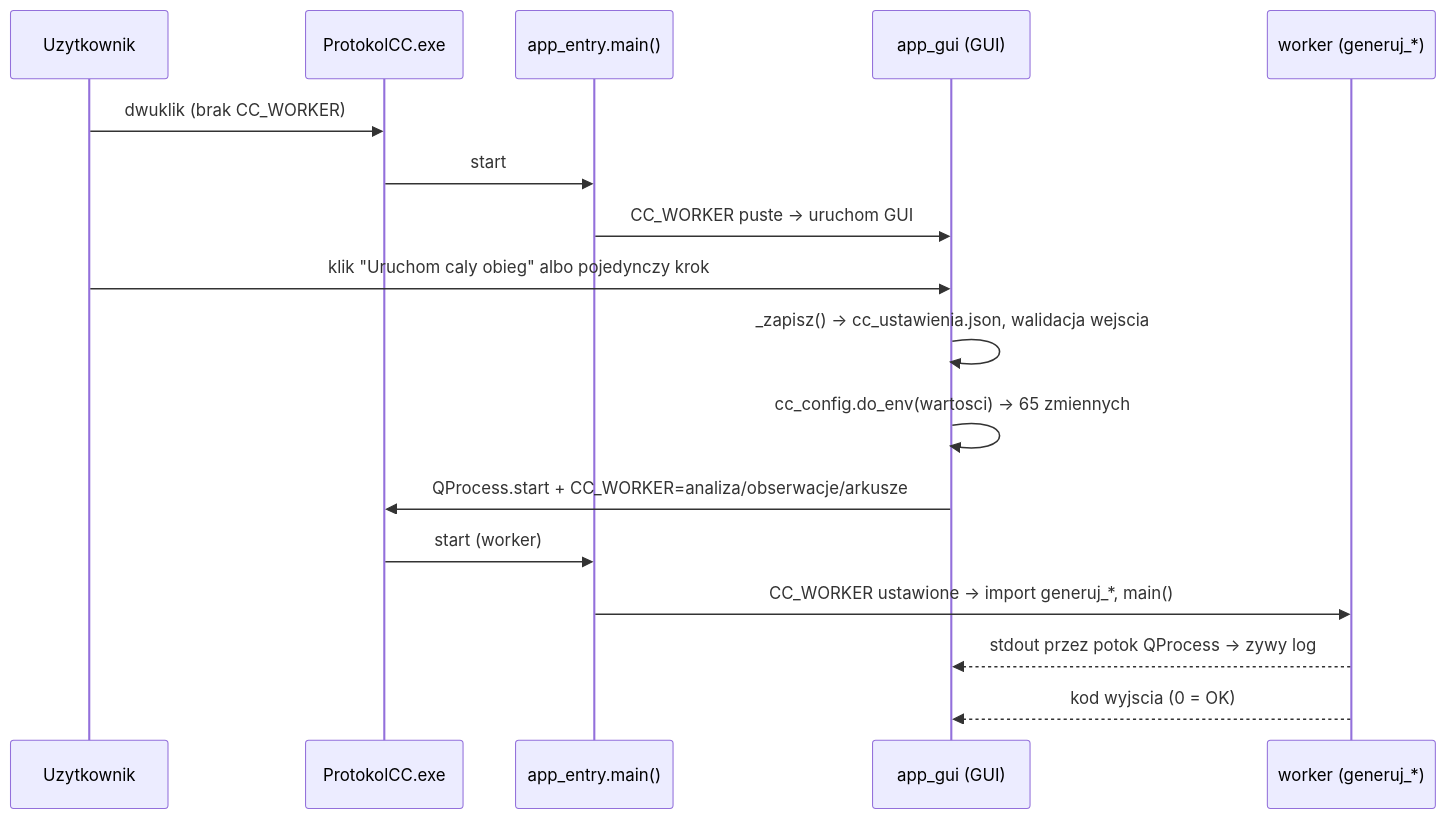
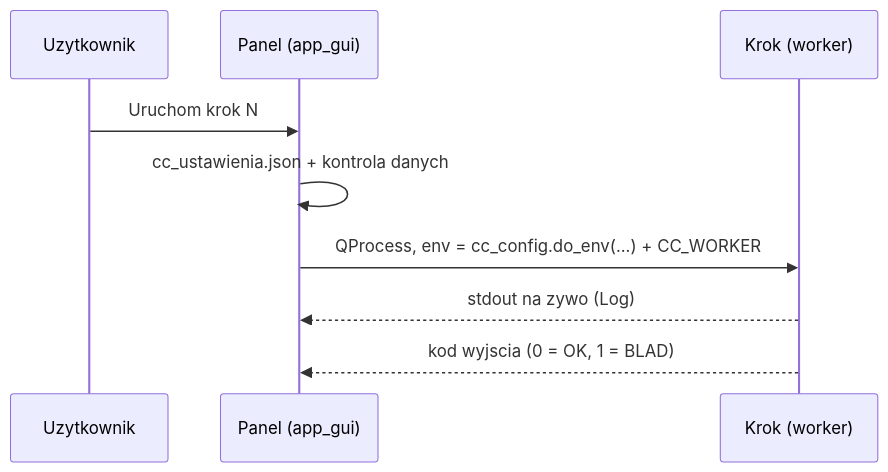
The second of 3 diagrams in README.md (Azhdzer/script-protokol-arkusz-cc-clean), drawn with Mermaid before and after one commit. The commit also changed other lines of this file and 4 other files, not shown here.

````diff
--- a/README.md
+++ b/README.md
@@ -218,19 +84,11 @@
 ```mermaid
 sequenceDiagram
   participant U as Uzytkownik
-  participant E as ProtokolCC.exe
-  participant AE as app_entry.main()
-  participant G as app_gui (GUI)
-  participant W as worker (generuj_*)
-  U->>E: dwuklik (brak CC_WORKER)
-  E->>AE: start
-  AE->>G: CC_WORKER puste -> uruchom GUI
-  U->>G: klik "Uruchom caly obieg" albo pojedynczy krok
-  G->>G: _zapisz() -> cc_ustawienia.json, walidacja wejscia
-  G->>G: cc_config.do_env(wartosci) -> 65 zmiennych
-  G->>E: QProcess.start + CC_WORKER=analiza/obserwacje/arkusze
-  E->>AE: start (worker)
-  AE->>W: CC_WORKER ustawione -> import generuj_*, main()
-  W-->>G: stdout przez potok QProcess -> zywy log
-  W-->>G: kod wyjscia (0 = OK)
+  participant G as Panel (app_gui)
+  participant W as Krok (worker)
+  U->>G: Uruchom krok N
+  G->>G: cc_ustawienia.json + kontrola danych
+  G->>W: QProcess, env = cc_config.do_env(...) + CC_WORKER
+  W-->>G: stdout na zywo (Log)
+  W-->>G: kod wyjscia (0 = OK, 1 = BLAD)
 ```
````
